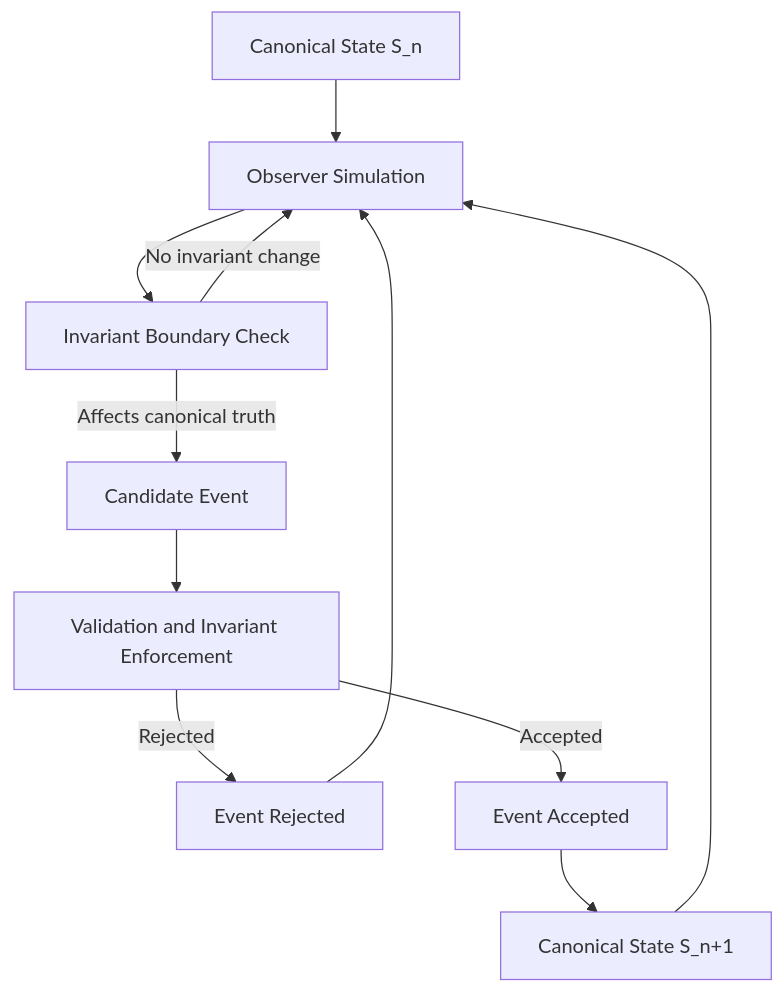
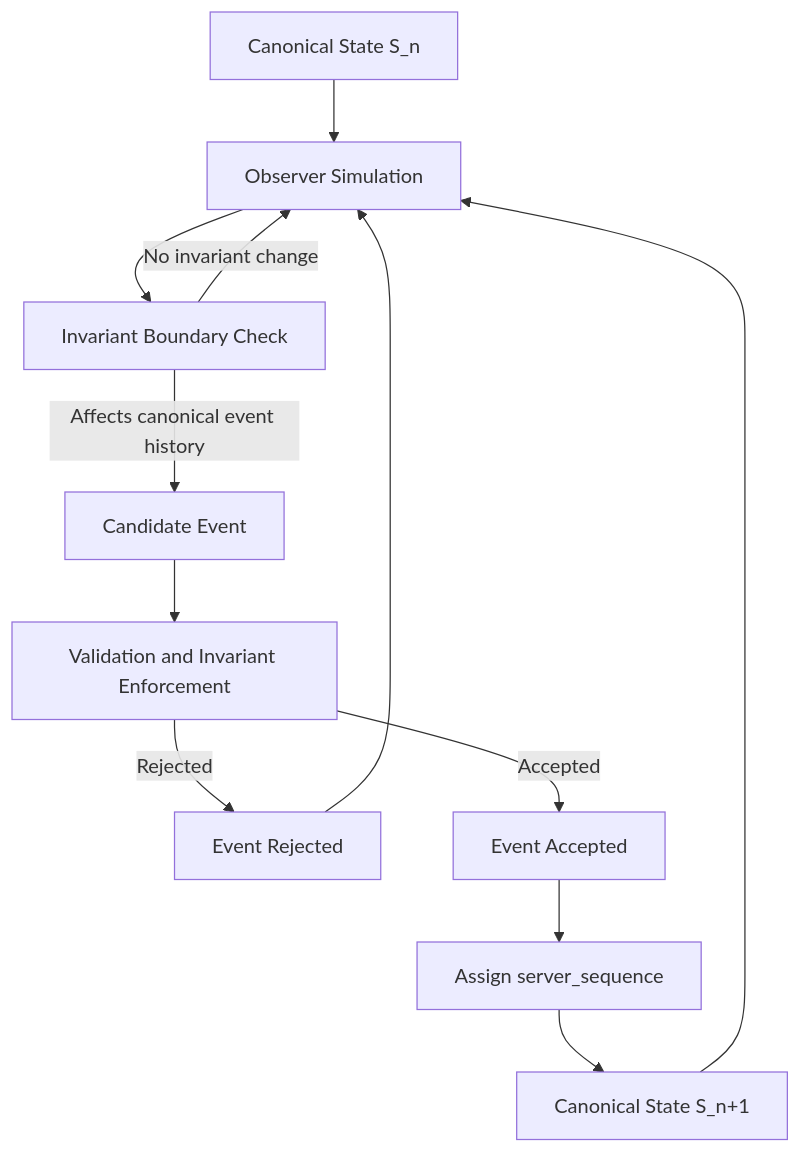
Before and after one commit to godofthunder101/crypsa-architecture: the diagram in diagrams/CrypSA_State_Transition_Diagram.md, drawn with Mermaid. The commit also changed other lines of this file, not shown here.

First line of the commit message:
Clarify state transition impacts and add server_sequence

`````diff
--- a/diagrams/CrypSA_State_Transition_Diagram.md
+++ b/diagrams/CrypSA_State_Transition_Diagram.md
@@ -15,28 +15,30 @@
 ```mermaid
 flowchart TD
 
 S0[Canonical State S_n]
 A[Observer Simulation]
 B[Invariant Boundary Check]
 C[Candidate Event]
 D[Validation and Invariant Enforcement]
 R[Event Rejected]
 E[Event Accepted]
+O[Assign server_sequence]
 S1[Canonical State S_n+1]
 
 S0 --> A
 A --> B
 
 B -->|No invariant change| A
-B -->|Affects canonical truth| C
+B -->|Affects canonical event history| C
 
 C --> D
 
 D -->|Rejected| R
 R --> A
 
 D -->|Accepted| E
-E --> S1
+E --> O
+O --> S1
 
 S1 --> A
-```
+````
`````
